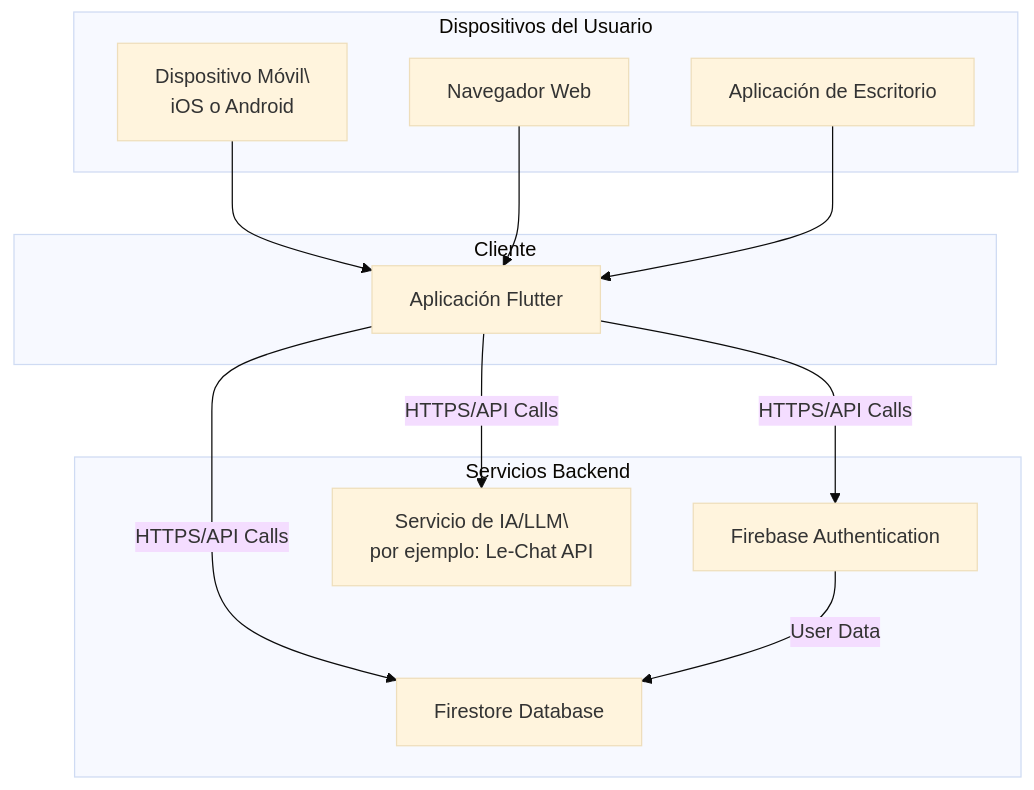
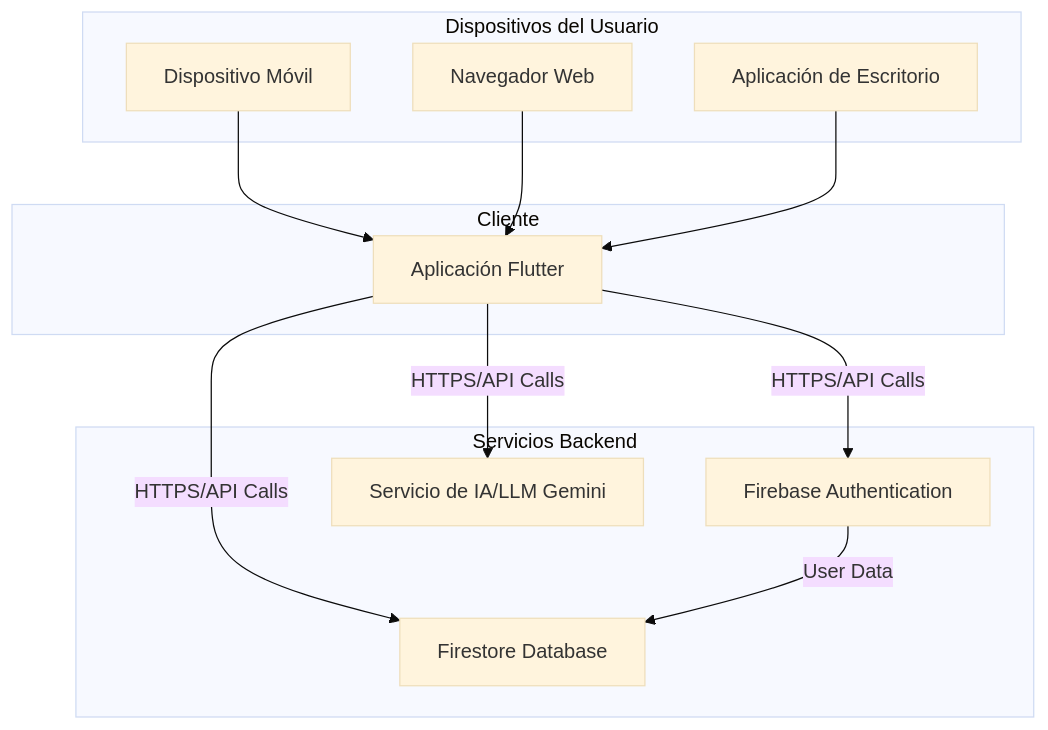
The diagram in PROJECT_MANAGEMENT/DOCUMENTATION/DESIGN/DIAGRAMS.md (DavidMonteroCuesta/TFG-DAM_EVENTIFY), drawn with Mermaid (base theme) before and after one commit. The commit also changed other lines of this file and 7 other files, not shown here.

````diff
--- a/PROJECT_MANAGEMENT/DOCUMENTATION/DESIGN/DIAGRAMS.md
+++ b/PROJECT_MANAGEMENT/DOCUMENTATION/DESIGN/DIAGRAMS.md
@@ -1,28 +1,28 @@
 ```mermaid
 graph TD
     subgraph Dispositivos del Usuario
-        A[Dispositivo Móvil\\niOS o Android]
+        A[Dispositivo Móvil]
         B[Navegador Web]
         C[Aplicación de Escritorio]
     end
 
     subgraph Cliente
         D[Aplicación Flutter]
     end
 
     subgraph Servicios Backend
         E[Firebase Authentication]
         F[Firestore Database]
-        G[Servicio de IA/LLM\\npor ejemplo: Le-Chat API]
+        G[Servicio de IA/LLM Gemini]
     end
 
     A --> D
     B --> D
     C --> D
 
     D -- HTTPS/API Calls --> E
     D -- HTTPS/API Calls --> F
     D -- HTTPS/API Calls --> G
 
     E -- User Data --> F
 ```
````
